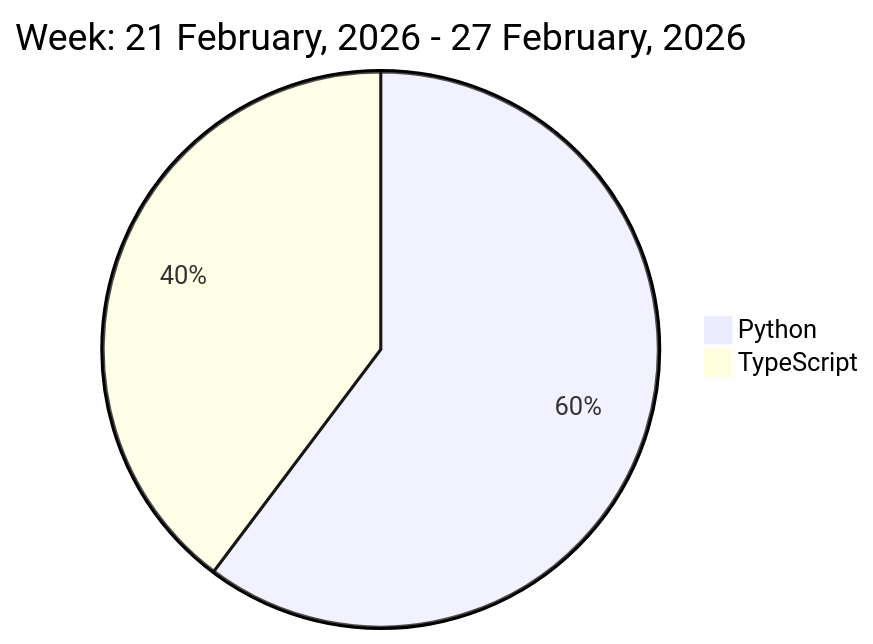
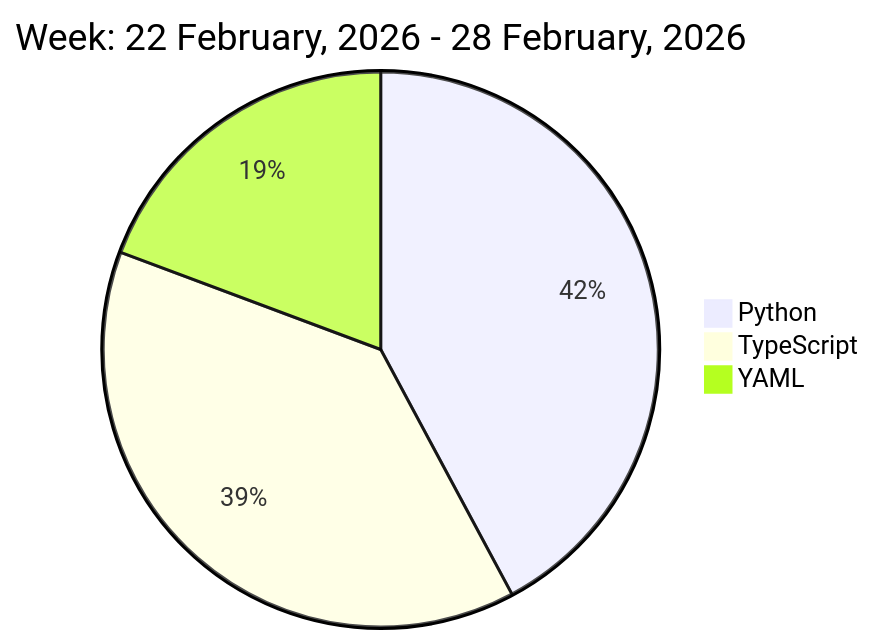
The diagram in README.md (liubin95/liubin95), drawn with Mermaid before and after one commit.

Commit message:
Updated the Graph with new Metrics

````diff
--- a/README.md
+++ b/README.md
@@ -37,6 +37,7 @@
 ```mermaid
  pie
-title Week: 21 February, 2026 - 27 February, 2026
- "Python" : 4.55
- "TypeScript" : 3.0
+title Week: 22 February, 2026 - 28 February, 2026
+ "Python" : 4.63
+ "TypeScript" : 4.23
+ "YAML" : 2.12
 ```
````
